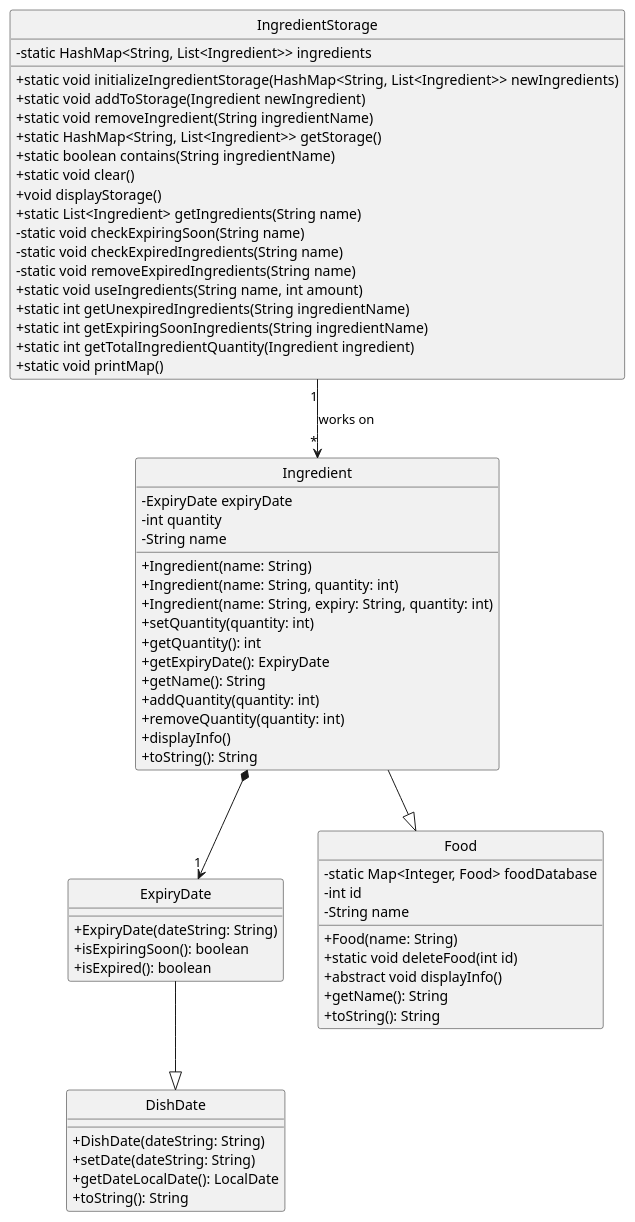
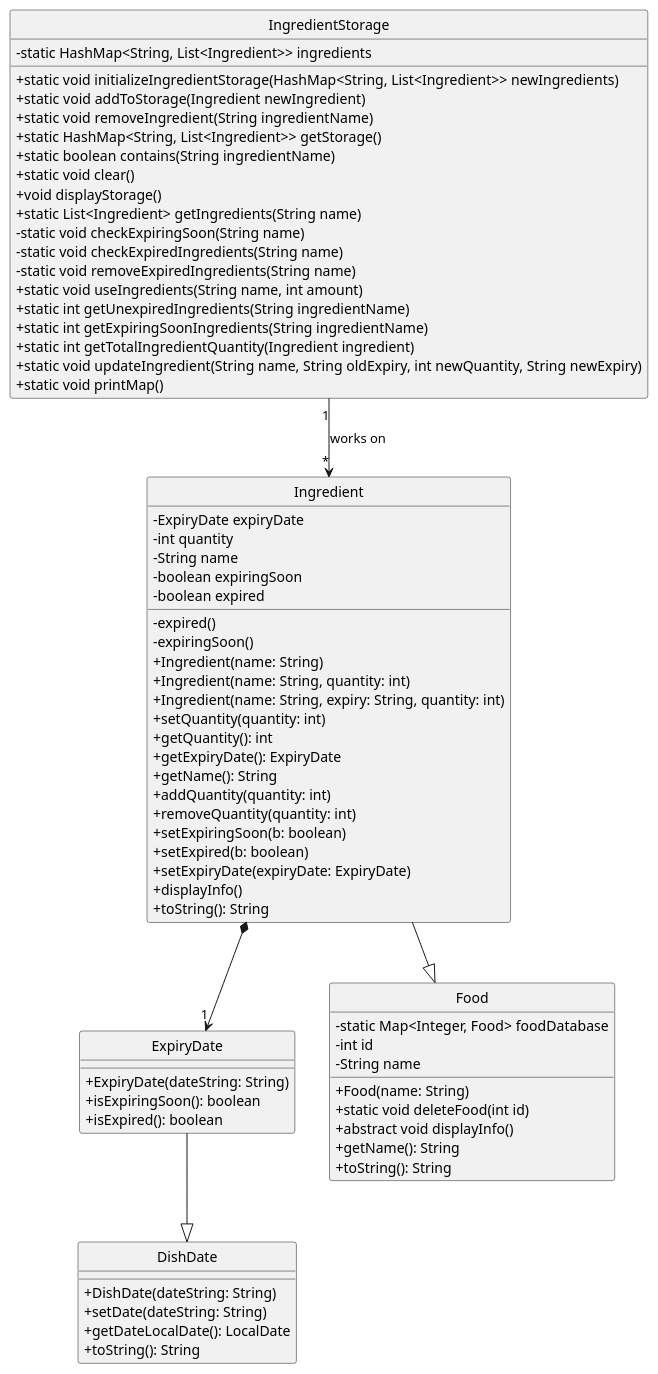
One commit to whalesyong/tp changed the diagram in src/main/java/seedu/cookingaids/diagrams/Collection.puml. Above: the diagram before and after it, drawn with PlantUML. The commit also changed 7 other files, not shown here.

```diff
--- a/src/main/java/seedu/cookingaids/diagrams/Collection.puml
+++ b/src/main/java/seedu/cookingaids/diagrams/Collection.puml
@@ -1,71 +1,79 @@
 @startuml
 hide circle
 skinparam classAttributeIconSize 0
 class ExpiryDate {
     +ExpiryDate(dateString: String)
     +isExpiringSoon(): boolean
     +isExpired(): boolean
 }
 
 class DishDate {
     +DishDate(dateString: String)
     +setDate(dateString: String)
     +getDateLocalDate(): LocalDate
     +toString(): String
 }
 
 class Food {
     - static Map<Integer, Food> foodDatabase
     - int id
     - String name
     + Food(name: String)
     + static void deleteFood(int id)
     + abstract void displayInfo()
     + getName(): String
     + toString(): String
 }
 
 class Ingredient {
     - ExpiryDate expiryDate
     - int quantity
     - String name
+    - boolean expiringSoon
+    - boolean expired
+    - expired()
+    - expiringSoon()
     + Ingredient(name: String)
     + Ingredient(name: String, quantity: int)
     + Ingredient(name: String, expiry: String, quantity: int)
     + setQuantity(quantity: int)
     + getQuantity(): int
     + getExpiryDate(): ExpiryDate
     + getName(): String
     + addQuantity(quantity: int)
     + removeQuantity(quantity: int)
+    + setExpiringSoon(b: boolean)
+    + setExpired(b: boolean)
+    + setExpiryDate(expiryDate: ExpiryDate)
     + displayInfo()
     + toString(): String
 }
 
 class IngredientStorage {
     -  static HashMap<String, List<Ingredient>> ingredients
     + static void initializeIngredientStorage(HashMap<String, List<Ingredient>> newIngredients)
     + static void addToStorage(Ingredient newIngredient)
     + static void removeIngredient(String ingredientName)
     + static HashMap<String, List<Ingredient>> getStorage()
     + static boolean contains(String ingredientName)
     + static void clear()
     + void displayStorage()
     + static List<Ingredient> getIngredients(String name)
     - static void checkExpiringSoon(String name)
     - static void checkExpiredIngredients(String name)
     - static void removeExpiredIngredients(String name)
     + static void useIngredients(String name, int amount)
     + static int getUnexpiredIngredients(String ingredientName)
     + static int getExpiringSoonIngredients(String ingredientName)
     + static int getTotalIngredientQuantity(Ingredient ingredient)
+    + static void updateIngredient(String name, String oldExpiry, int newQuantity, String newExpiry)
     + static void printMap()
 }
 
 ExpiryDate --|> DishDate
 Ingredient --|> Food
 Ingredient *--> "1" ExpiryDate
 IngredientStorage "1" --> "*" Ingredient : works on
 
 
 @enduml
```
